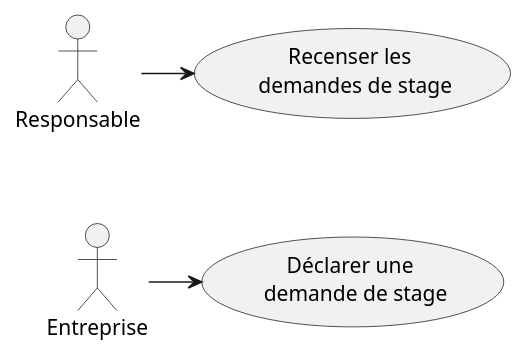
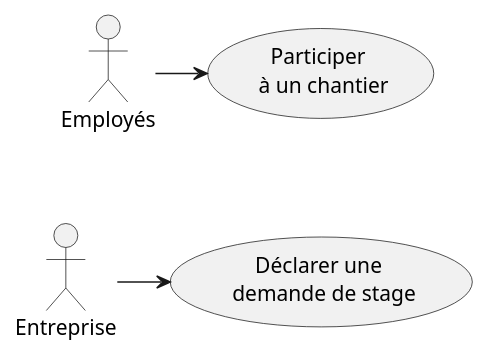
One commit to IUT-Blagnac/r2-01-conception-td5-Falsimane changed the diagram in .github/issue1.md. Above: the diagram before and after it, drawn with PlantUML. The commit also changed 1 other file, not shown here.

````diff
--- a/.github/issue1.md
+++ b/.github/issue1.md
@@ -5,17 +5,17 @@
 ```plantuml
 @startuml
 
-usecase r as "Recenser les \n demandes de stage"
+usecase r as "Participer \n à un chantier"
 usecase d as "Déclarer une \n demande de stage"
 
-actor Responsable
+actor Employés
 actor Entreprise 
 
 'Pour aligner les 2 acteurs :
 r -[hidden]-> d
 
-Responsable -> r
+Employés -> r
 Entreprise -> d
 
 @enduml
 ```
````
